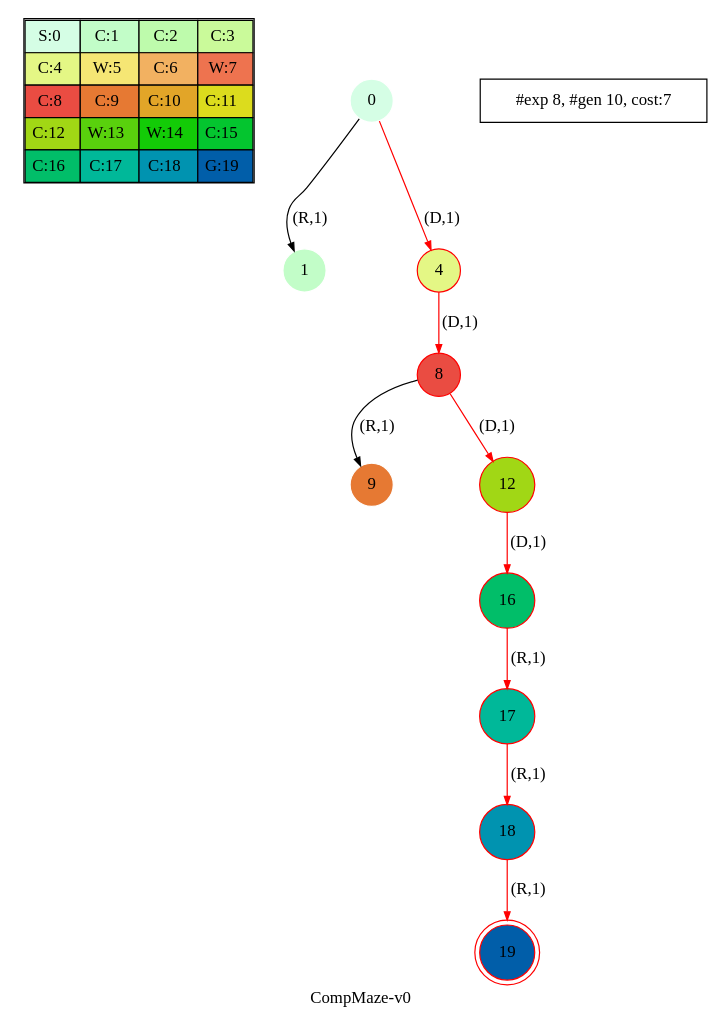
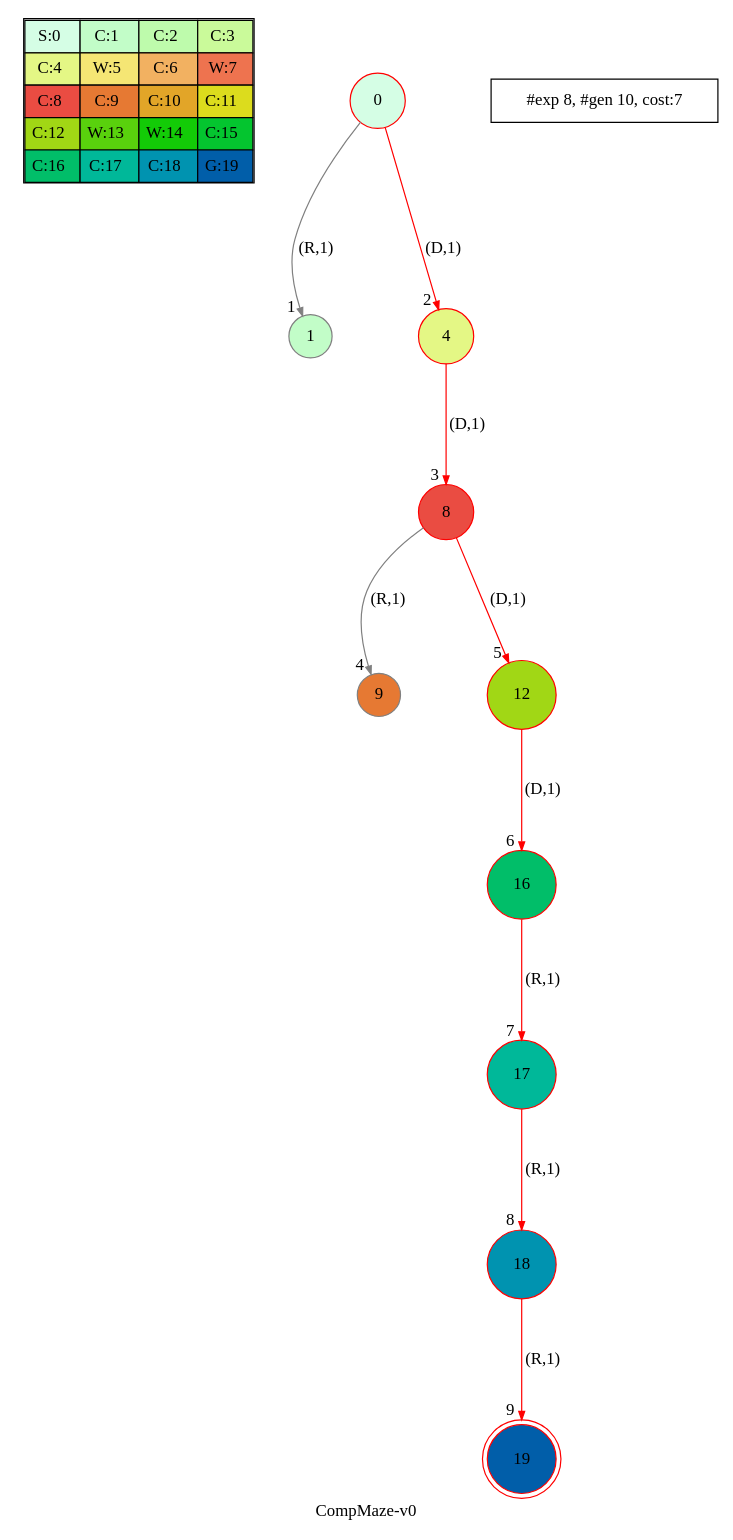
Before and after one commit to blasco991/AI: the diagram in viz/artifacts/tspd/dot/CompMaze-v0_dfs.dot, drawn with Graphviz. The commit also changed 145 other files, not shown here.

```diff
--- a/viz/artifacts/tspd/dot/CompMaze-v0_dfs.dot
+++ b/viz/artifacts/tspd/dot/CompMaze-v0_dfs.dot
@@ -1,15 +1,13 @@
-digraph CompMaze { label="CompMaze-v0"
+digraph CompMaze { label="CompMaze-v0" nodesep=1 ranksep="1.2" node [shape=circle] edge [arrowsize=0.7] 
 subgraph MAP {label=Map;map [shape=plaintext label=<<table border="1" cellpadding="5" cellspacing="0" cellborder="1"><tr><td bgcolor="0.39803922 0.15947579 0.99679532 1.        ">S:0</td><td bgcolor="0.35098039 0.23194764 0.99315867 1.        ">C:1</td><td bgcolor="0.29607843 0.31486959 0.98720184 1.        ">C:2</td><td bgcolor="0.24901961 0.38410575 0.98063477 1.        ">C:3</td></tr><tr><td bgcolor="0.19411765 0.46220388 0.97128103 1.        ">C:4</td><td bgcolor="0.14705882 0.52643216 0.96182564 1.        ">W:5</td><td bgcolor="0.09215686 0.59770746 0.94913494 1.        ">C:6</td><td bgcolor="0.0372549  0.66454018 0.93467977 1.        ">W:7</td></tr><tr><td bgcolor="0.00980392 0.71791192 0.92090552 1.        ">C:8</td><td bgcolor="0.06470588 0.77520398 0.9032472  1.        ">C:9</td><td bgcolor="0.11176471 0.81974048 0.88677369 1.        ">C:10</td><td bgcolor="0.16666667 0.8660254  0.8660254  1.        ">C:11</td></tr><tr><td bgcolor="0.21372549 0.9005867  0.84695821 1.        ">C:12</td><td bgcolor="0.26862745 0.93467977 0.82325295 1.        ">W:13</td><td bgcolor="0.32352941 0.96182564 0.79801723 1.        ">W:14</td><td bgcolor="0.37058824 0.97940977 0.77520398 1.        ">C:15</td></tr><tr><td bgcolor="0.4254902  0.99315867 0.74725253 1.        ">C:16</td><td bgcolor="0.47254902 0.99907048 0.72218645 1.        ">C:17</td><td bgcolor="0.52745098 0.99907048 0.69169844 1.        ">C:18</td><td bgcolor="0.5745098  0.99315867 0.66454018 1.        ">G:19</td></tr></table>>]} 
-nodesep=1 ranksep=0.5 node [shape=circle] edge [arrowsize=0.7] 
-"0_0" [label=0 style=filled color=white  fillcolor="0.39803922 0.15947579 0.99679532 1.        "]; 
-"0_0.1-1" [label=1 style=filled color=white  fillcolor="0.35098039 0.23194764 0.99315867 1.        "];  "0_0" -> "0_0.1-1" [label="(R,1)" ]; 
-"0_0.4-3" [label=4 style=filled color=white  fillcolor="0.19411765 0.46220388 0.97128103 1.        "color=red ];   "0_0" -> "0_0.4-3" [label="(D,1)" color=red ];  
-"0_0.4.8-3" [label=8 style=filled color=white  fillcolor="0.00980392 0.71791192 0.92090552 1.        "color=red ];   "0_0.4-3" -> "0_0.4.8-3" [label="(D,1)" color=red ];  
-"0_0.4.8.9-1" [label=9 style=filled color=white  fillcolor="0.06470588 0.77520398 0.9032472  1.        "];  "0_0.4.8-3" -> "0_0.4.8.9-1" [label="(R,1)" ]; 
-"0_0.4.8.12-3" [label=12 style=filled color=white  fillcolor="0.21372549 0.9005867  0.84695821 1.        "color=red ];   "0_0.4.8-3" -> "0_0.4.8.12-3" [label="(D,1)" color=red ];  
-"0_0.4.8.12.16-3" [label=16 style=filled color=white  fillcolor="0.4254902  0.99315867 0.74725253 1.        "color=red ];   "0_0.4.8.12-3" -> "0_0.4.8.12.16-3" [label="(D,1)" color=red ];  
-"0_0.4.8.12.16.17-1" [label=17 style=filled color=white  fillcolor="0.47254902 0.99907048 0.72218645 1.        "color=red ];   "0_0.4.8.12.16-3" -> "0_0.4.8.12.16.17-1" [label="(R,1)" color=red ];  
-"0_0.4.8.12.16.17.18-1" [label=18 style=filled color=white  fillcolor="0.52745098 0.99907048 0.69169844 1.        "color=red ];   "0_0.4.8.12.16.17-1" -> "0_0.4.8.12.16.17.18-1" [label="(R,1)" color=red ];  
-"0_0.4.8.12.16.17.18.19-1" [label=19 style=filled color=red peripheries=2 fillcolor="0.5745098  0.99315867 0.66454018 1.        "color=red ];   "0_0.4.8.12.16.17.18-1" -> "0_0.4.8.12.16.17.18.19-1" [label="(R,1)" color=red ];  
- "#exp 8, #gen 10, cost:7" [ shape=box ];
-}
+"0_0" [label=0 style=filled color=grey fillcolor="0.39803922 0.15947579 0.99679532 1.        " ];  
+"0_0" [label=" 0 " style=filled color=black color=red fillcolor="0.39803922 0.15947579 0.99679532 1.        " ];  "0_0.1-1" [label=1 style=filled color=grey fillcolor="0.35098039 0.23194764 0.99315867 1.        " ];   "0_0" -> "0_0.1-1" [label="(R,1)" headlabel=" 1 " color=grey ]; 
+"0_0.4-3" [label=4 style=filled color=grey color=red fillcolor="0.19411765 0.46220388 0.97128103 1.        " ];   "0_0" -> "0_0.4-3" [label="(D,1)" headlabel=" 2 " color=grey color=red ]; 
+"0_0.4-3" [label=" 4 " style=filled color=black color=red fillcolor="0.19411765 0.46220388 0.97128103 1.        " ];  "0_0.4.8-3" [label=8 style=filled color=grey color=red fillcolor="0.00980392 0.71791192 0.92090552 1.        " ];   "0_0.4-3" -> "0_0.4.8-3" [label="(D,1)" headlabel=" 3 " color=grey color=red ]; 
+"0_0.4.8-3" [label=" 8 " style=filled color=black color=red fillcolor="0.00980392 0.71791192 0.92090552 1.        " ];  "0_0.4.8.9-1" [label=9 style=filled color=grey fillcolor="0.06470588 0.77520398 0.9032472  1.        " ];   "0_0.4.8-3" -> "0_0.4.8.9-1" [label="(R,1)" headlabel=" 4 " color=grey ]; 
+"0_0.4.8.12-3" [label=12 style=filled color=grey color=red fillcolor="0.21372549 0.9005867  0.84695821 1.        " ];   "0_0.4.8-3" -> "0_0.4.8.12-3" [label="(D,1)" headlabel=" 5 " color=grey color=red ]; 
+"0_0.4.8.12-3" [label=" 12 " style=filled color=black color=red fillcolor="0.21372549 0.9005867  0.84695821 1.        " ];  "0_0.4.8.12.16-3" [label=16 style=filled color=grey color=red fillcolor="0.4254902  0.99315867 0.74725253 1.        " ];   "0_0.4.8.12-3" -> "0_0.4.8.12.16-3" [label="(D,1)" headlabel=" 6 " color=grey color=red ]; 
+"0_0.4.8.12.16-3" [label=" 16 " style=filled color=black color=red fillcolor="0.4254902  0.99315867 0.74725253 1.        " ];  "0_0.4.8.12.16.17-1" [label=17 style=filled color=grey color=red fillcolor="0.47254902 0.99907048 0.72218645 1.        " ];   "0_0.4.8.12.16-3" -> "0_0.4.8.12.16.17-1" [label="(R,1)" headlabel=" 7 " color=grey color=red ]; 
+"0_0.4.8.12.16.17-1" [label=" 17 " style=filled color=black color=red fillcolor="0.47254902 0.99907048 0.72218645 1.        " ];  "0_0.4.8.12.16.17.18-1" [label=18 style=filled color=grey color=red fillcolor="0.52745098 0.99907048 0.69169844 1.        " ];   "0_0.4.8.12.16.17-1" -> "0_0.4.8.12.16.17.18-1" [label="(R,1)" headlabel=" 8 " color=grey color=red ]; 
+"0_0.4.8.12.16.17.18-1" [label=" 18 " style=filled color=black color=red fillcolor="0.52745098 0.99907048 0.69169844 1.        " ];  "0_0.4.8.12.16.17.18.19-1" [label=" 19 " style=filled color=black color=red fillcolor="0.5745098  0.99315867 0.66454018 1.        " peripheries=2]; /*GOALSTATE*/  "0_0.4.8.12.16.17.18-1" -> "0_0.4.8.12.16.17.18.19-1" [label="(R,1)" headlabel=" 9 " color=grey color=red ];
+"#exp 8, #gen 10, cost:7" [ shape=box ]; }
```
